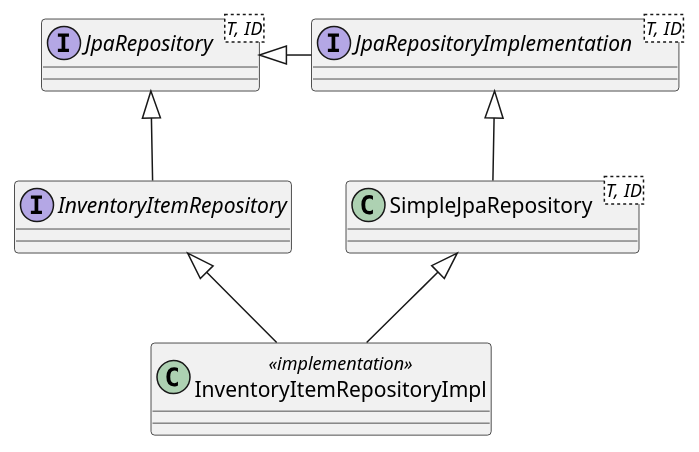
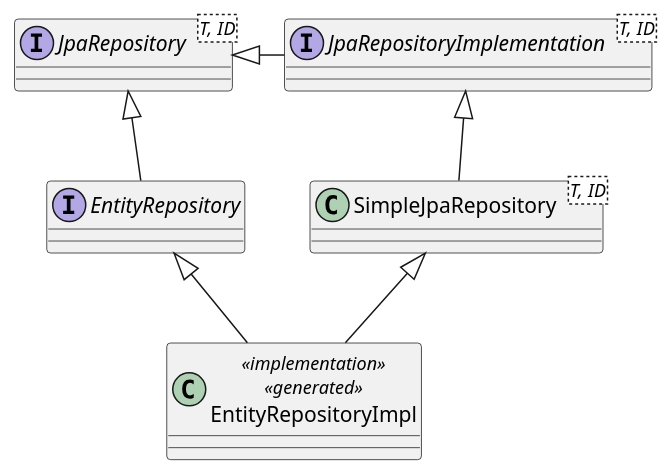
The fifth of 9 diagrams in _posts/2020-04-16-apply-repository-pattern-by-spring-data.adoc (rscai/rscai.github.io), drawn with PlantUML before and after one commit. The commit also changed other lines of this file, not shown here.

Commit message:
updated Apply Repository Pattern by Spring Data

```diff
--- a/_posts/2020-04-16-apply-repository-pattern-by-spring-data.adoc
+++ b/_posts/2020-04-16-apply-repository-pattern-by-spring-data.adoc
@@ -196,16 +201,16 @@
 [plantuml]
 ....
 @startuml
 interface JpaRepository<T, ID>
 interface JpaRepositoryImplementation<T, ID>
-interface InventoryItemRepository
+interface EntityRepository
 class SimpleJpaRepository<T, ID>
-class InventoryItemRepositoryImpl <<implementation>>
+class EntityRepositoryImpl <<implementation>> <<generated>>
 
 JpaRepository <|- JpaRepositoryImplementation
-JpaRepository <|-- InventoryItemRepository
+JpaRepository <|-- EntityRepository
 JpaRepositoryImplementation <|-- SimpleJpaRepository
-InventoryItemRepository <|-- InventoryItemRepositoryImpl
-SimpleJpaRepository <|-- InventoryItemRepositoryImpl
+EntityRepository <|-- EntityRepositoryImpl
+SimpleJpaRepository <|-- EntityRepositoryImpl
 @enduml
 ....
```
